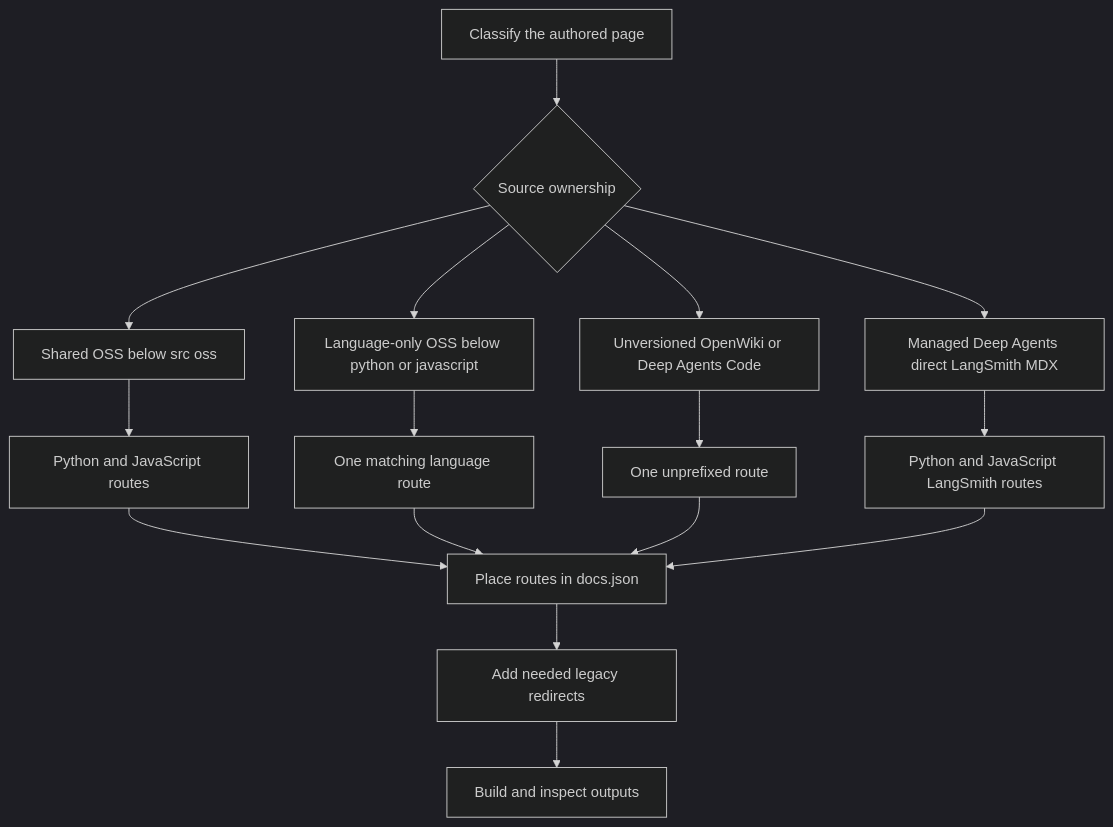
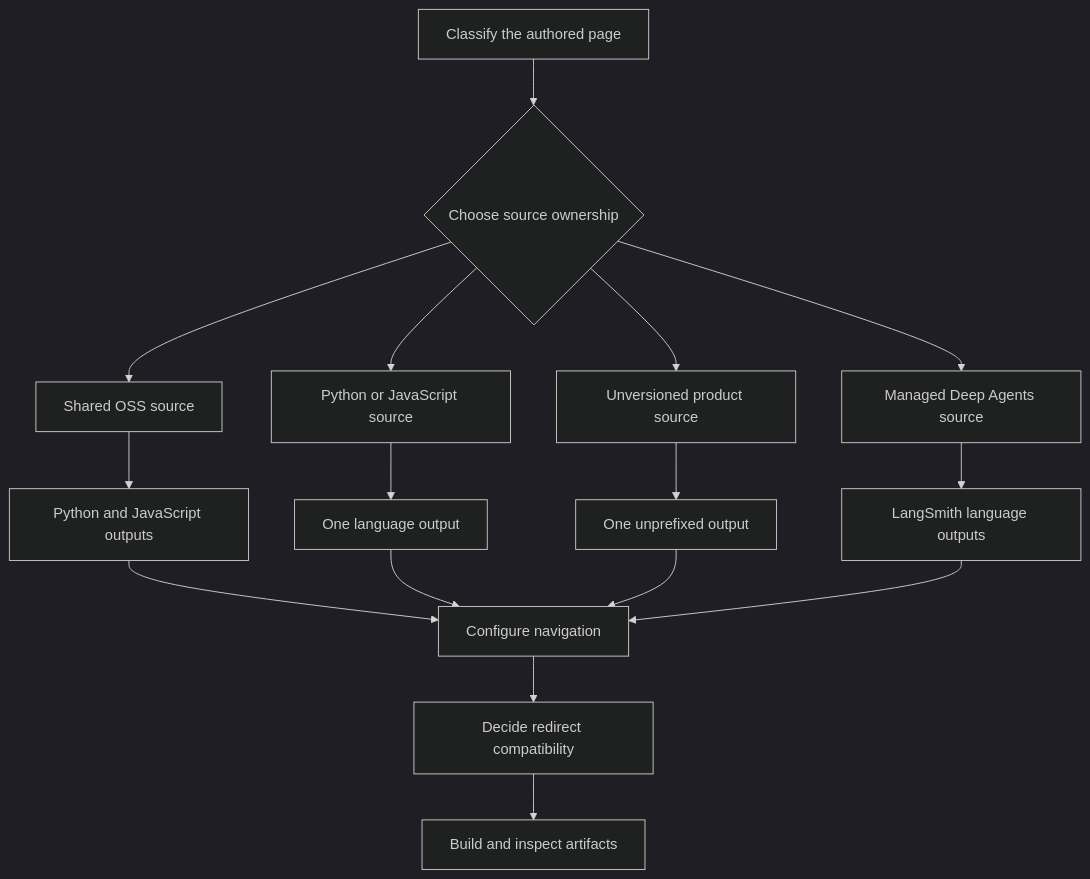
One commit to langchain-ai/docs changed the diagram in openwiki/workflows/versioned-content.md. Above: the diagram before and after it, drawn with Mermaid (dark theme). The commit also changed other lines of this file and 16 other files, not shown here.

Commit message:
docs: update OpenWiki

````diff
--- a/openwiki/workflows/versioned-content.md
+++ b/openwiki/workflows/versioned-content.md
@@ -47,18 +57,18 @@
 ```mermaid
 flowchart TD
-    Start["Classify the authored page"] --> Ownership{"Source ownership"}
-    Ownership --> Shared["Shared OSS below src oss"]
-    Ownership --> Specific["Language-only OSS below python or javascript"]
-    Ownership --> Product["Unversioned OpenWiki or Deep Agents Code"]
-    Ownership --> Managed["Managed Deep Agents direct LangSmith MDX"]
-    Shared --> Dual["Python and JavaScript routes"]
-    Specific --> One["One matching language route"]
-    Product --> Plain["One unprefixed route"]
-    Managed --> ManagedDual["Python and JavaScript LangSmith routes"]
-    Dual --> SiteConfig["Place routes in docs.json"]
-    One --> SiteConfig
-    Plain --> SiteConfig
-    ManagedDual --> SiteConfig
-    SiteConfig --> Redirects["Add needed legacy redirects"]
-    Redirects --> Verify["Build and inspect outputs"]
+    Start["Classify the authored page"] --> Ownership{"Choose source ownership"}
+    Ownership --> Shared["Shared OSS source"]
+    Ownership --> Specific["Python or JavaScript source"]
+    Ownership --> Product["Unversioned product source"]
+    Ownership --> Managed["Managed Deep Agents source"]
+    Shared --> Dual["Python and JavaScript outputs"]
+    Specific --> Single["One language output"]
+    Product --> Plain["One unprefixed output"]
+    Managed --> ManagedDual["LangSmith language outputs"]
+    Dual --> Navigation["Configure navigation"]
+    Single --> Navigation
+    Plain --> Navigation
+    ManagedDual --> Navigation
+    Navigation --> Redirects["Decide redirect compatibility"]
+    Redirects --> Verify["Build and inspect artifacts"]
 ```
````
